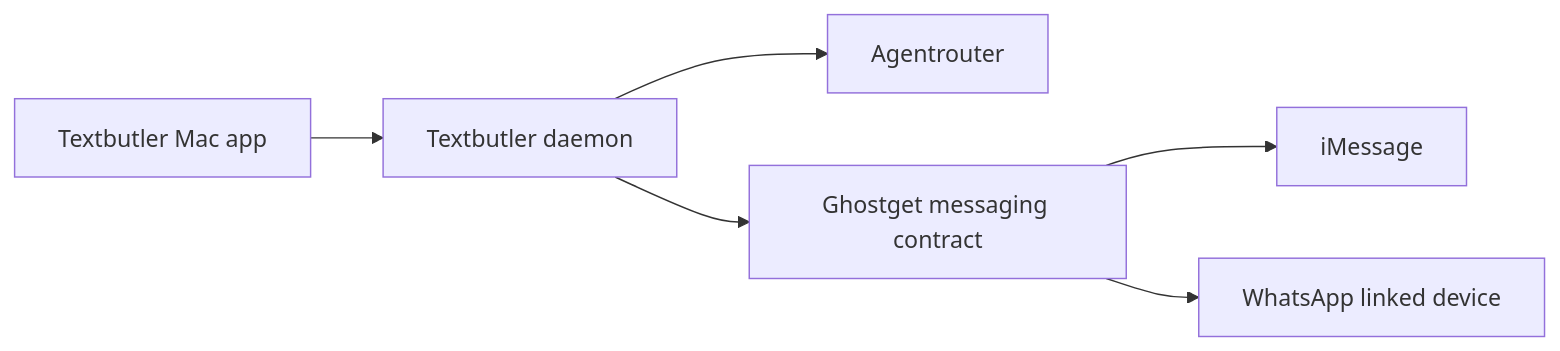
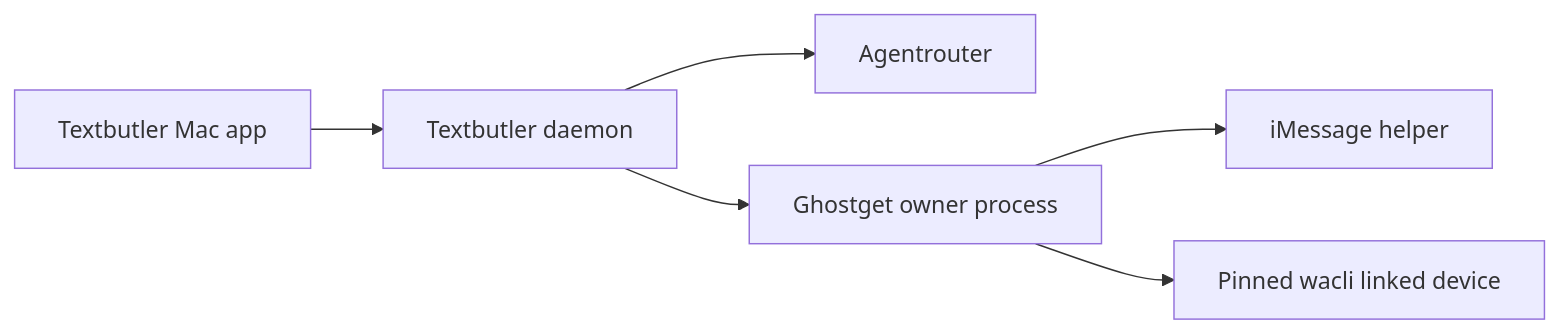
The diagram in docs/textbutler/whatsapp.md (hraness/message-like-me), drawn with Mermaid before and after one commit. The commit also changed other lines of this file and 106 other files, not shown here.

````diff
--- a/docs/textbutler/whatsapp.md
+++ b/docs/textbutler/whatsapp.md
@@ -8,8 +8,8 @@
 ```mermaid
 flowchart LR
   App[Textbutler Mac app] --> Butler[Textbutler daemon]
   Butler --> Agents[Agentrouter]
-  Butler --> Port[Ghostget messaging contract]
-  Port --> Messages[iMessage]
-  Port --> WhatsApp[WhatsApp linked device]
+  Butler --> Ghostget[Ghostget owner process]
+  Ghostget --> Messages[iMessage helper]
+  Ghostget --> WhatsApp[Pinned wacli linked device]
 ```
````
